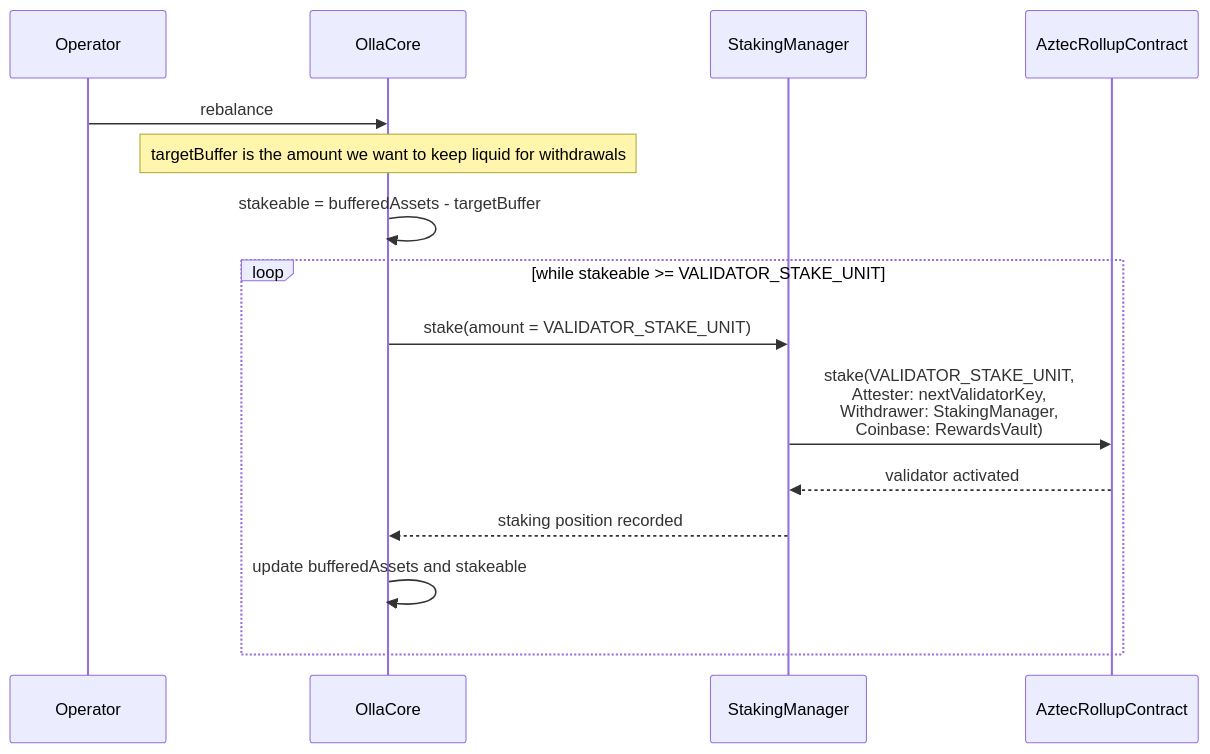
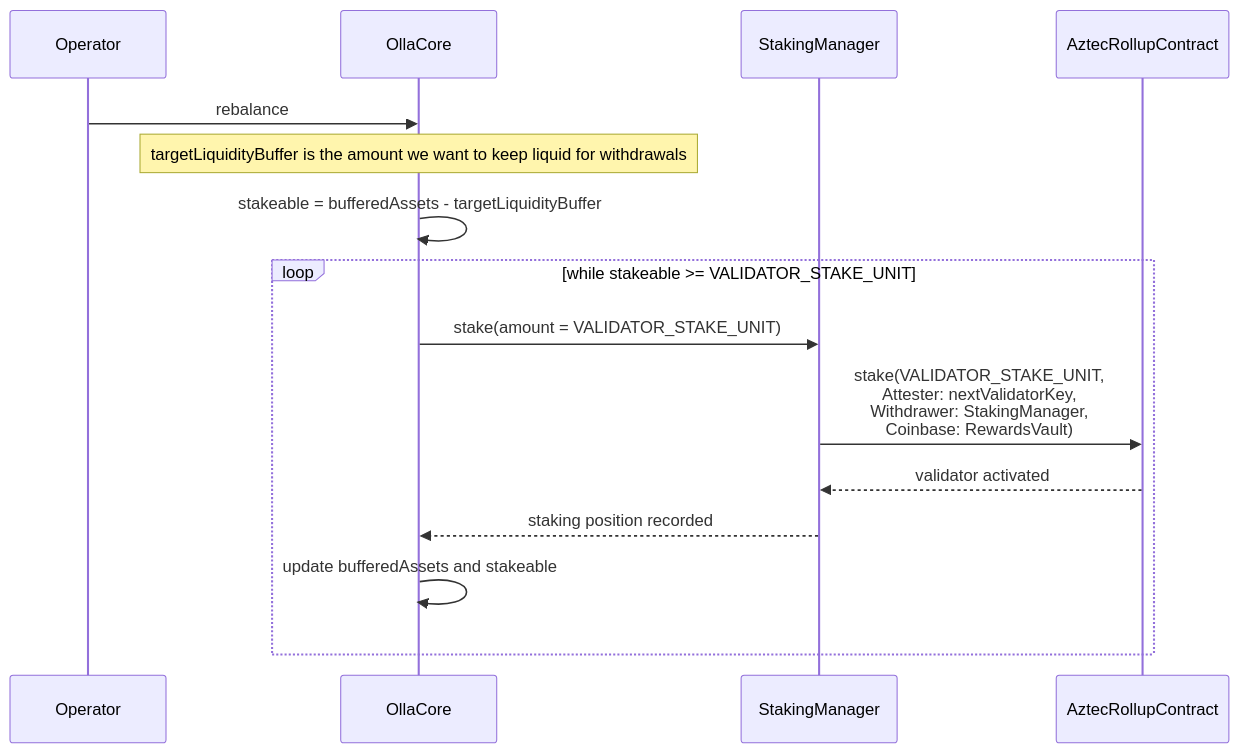
One commit to ollafinance/core changed the sixth of 7 diagrams in research/technical/architecture/flows.md. Above: the diagram before and after it, drawn with Mermaid. The commit also changed other lines of this file and 1 other file, not shown here.

Commit message:
rename to targetLiquidityBuffer in diagrams

````diff
--- a/research/technical/architecture/flows.md
+++ b/research/technical/architecture/flows.md
@@ -181,18 +181,18 @@
 ```mermaid
 sequenceDiagram
     participant OP as Operator
     participant C as OllaCore
     participant SR as StakingManager
     participant AR as AztecRollupContract
 
     OP->>C: rebalance
-    Note over C: targetBuffer is the amount we want to keep liquid for withdrawals
-    C->>C: stakeable = bufferedAssets - targetBuffer
+    Note over C: targetLiquidityBuffer is the amount we want to keep liquid for withdrawals
+    C->>C: stakeable = bufferedAssets - targetLiquidityBuffer
     loop while stakeable >= VALIDATOR_STAKE_UNIT
         C->>SR: stake(amount = VALIDATOR_STAKE_UNIT)
         SR->>AR: stake(VALIDATOR_STAKE_UNIT,<br/>Attester: nextValidatorKey,<br/>Withdrawer: StakingManager,<br/>Coinbase: RewardsVault)
         AR-->>SR: validator activated
         SR-->>C: staking position recorded
         C->>C: update bufferedAssets and stakeable
     end
 ```
````
